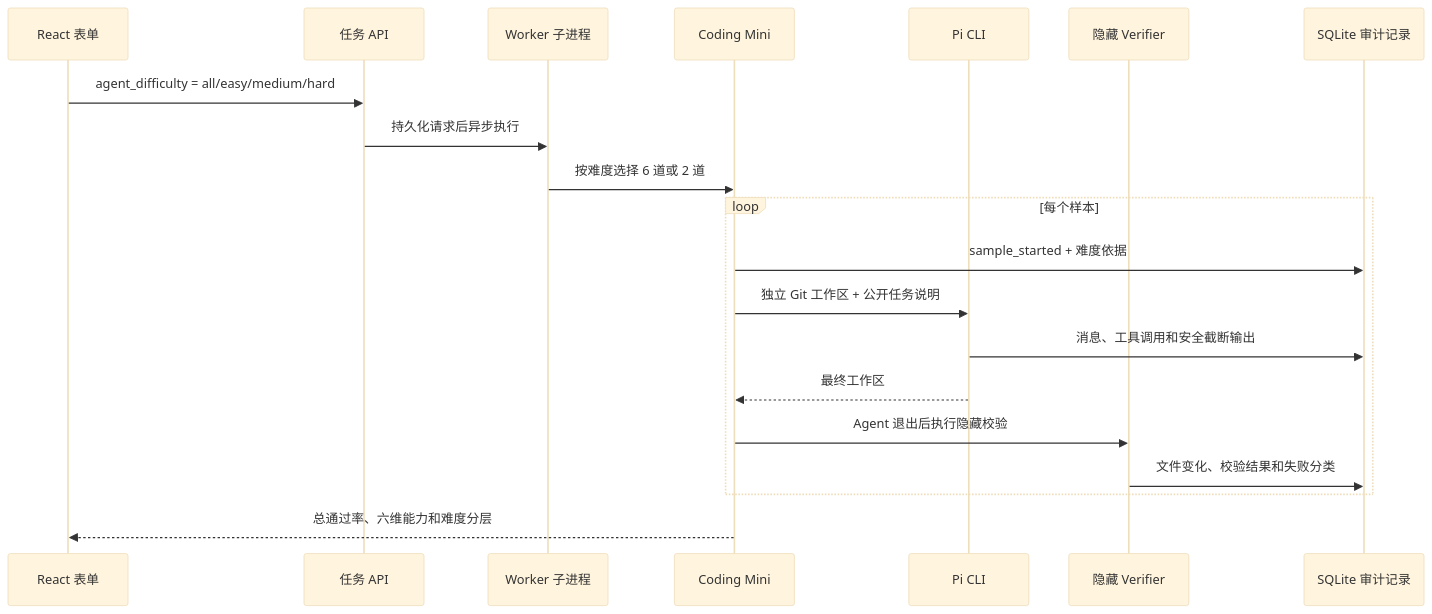
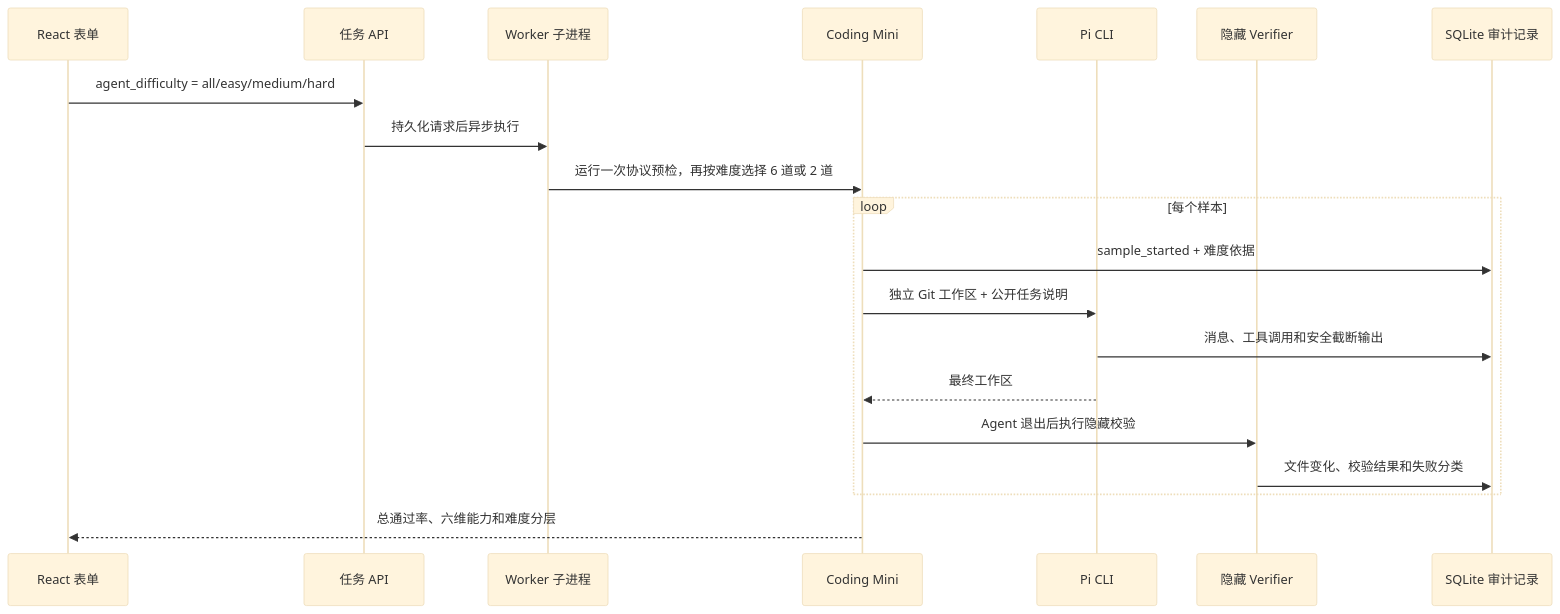
One commit to NEDONION/evalhub changed the second of 2 diagrams in docs/architecture/20260804_系统架构.md. Above: the diagram before and after it, drawn with Mermaid (base theme). The commit also changed other lines of this file and 22 other files, not shown here.

````diff
--- a/docs/architecture/20260804_系统架构.md
+++ b/docs/architecture/20260804_系统架构.md
@@ -81,23 +81,23 @@
 ```mermaid
 sequenceDiagram
     participant UI as React 表单
     participant API as 任务 API
     participant W as Worker 子进程
     participant B as Coding Mini
     participant C as Pi CLI
     participant V as 隐藏 Verifier
     participant DB as SQLite 审计记录
 
     UI->>API: agent_difficulty = all/easy/medium/hard
     API->>W: 持久化请求后异步执行
-    W->>B: 按难度选择 6 道或 2 道
+    W->>B: 运行一次协议预检，再按难度选择 6 道或 2 道
     loop 每个样本
         B->>DB: sample_started + 难度依据
         B->>C: 独立 Git 工作区 + 公开任务说明
         C->>DB: 消息、工具调用和安全截断输出
         C-->>B: 最终工作区
         B->>V: Agent 退出后执行隐藏校验
         V->>DB: 文件变化、校验结果和失败分类
     end
     B-->>UI: 总通过率、六维能力和难度分层
 ```
````
